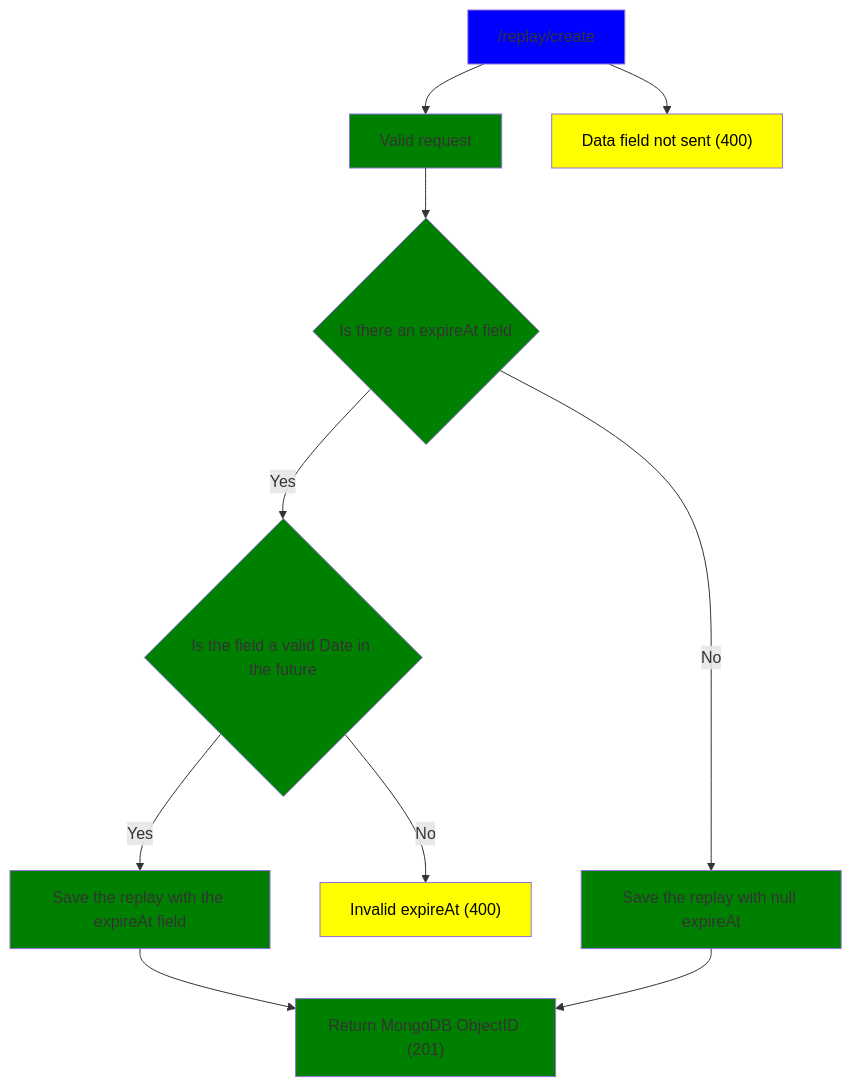
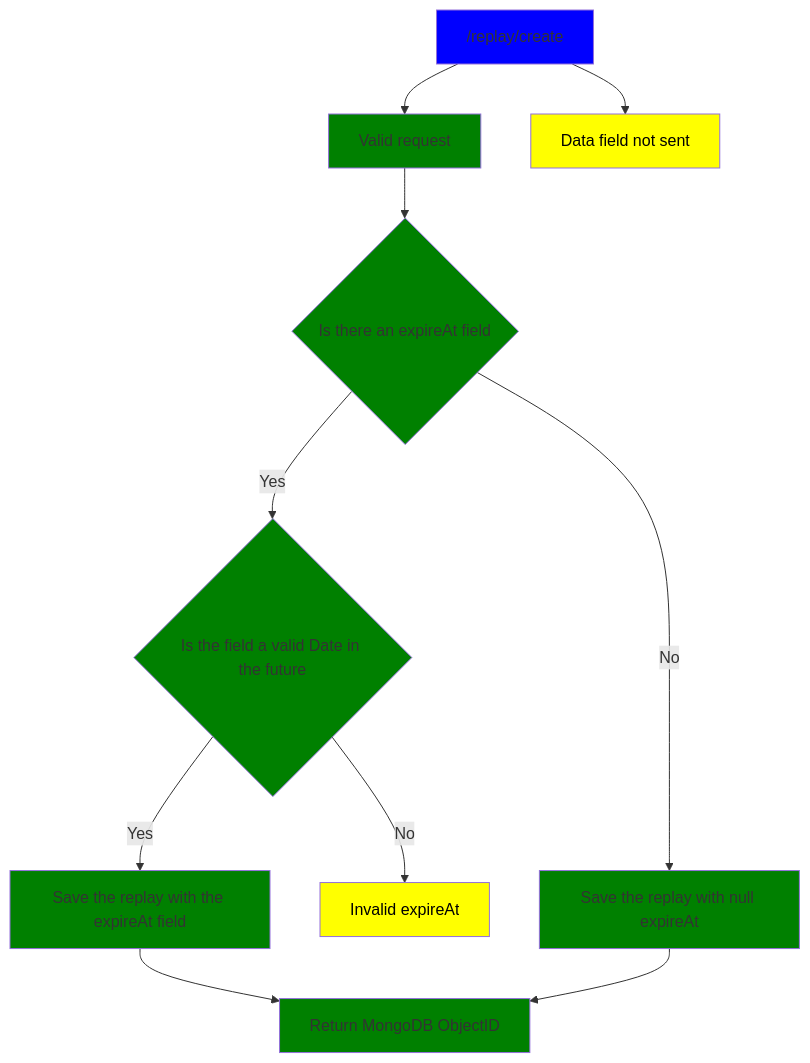
Before and after one commit to MorhafAlshibly/coanda: the first of 3 diagrams in uml/replay.md, drawn with Mermaid. The commit also changed other lines of this file and 12 other files, not shown here.

````diff
--- a/uml/replay.md
+++ b/uml/replay.md
@@ -1,25 +1,25 @@
 ```mermaid
 graph TD
     A["/replay/create"]
     A --> B[Valid request]
-    A --> C["Data field not sent (400)"]
+    A --> C["Data field not sent"]
 
     B --> G{Is there an expireAt field}
     G --> |Yes| H{"Is the field a valid Date in the future"}
     G --> |No| I["Save the replay with null expireAt"]
 
     H --> |Yes| J["Save the replay with the expireAt field"]
-    H --> |No| K["Invalid expireAt (400)"]
+    H --> |No| K["Invalid expireAt"]
 
-    J --> L["Return MongoDB ObjectID (201)"]
+    J --> L["Return MongoDB ObjectID"]
 
     I --> L
 
     style A fill:blue
 
     classDef green fill:green
     class B,G,H,I,J,L green
 
     classDef yellow fill:yellow,color:black
     class C,K yellow
 ```
````
